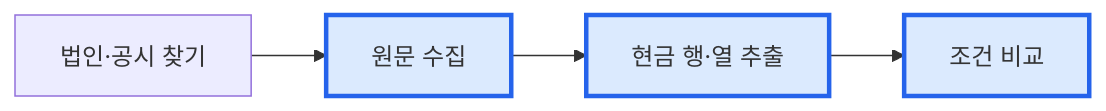
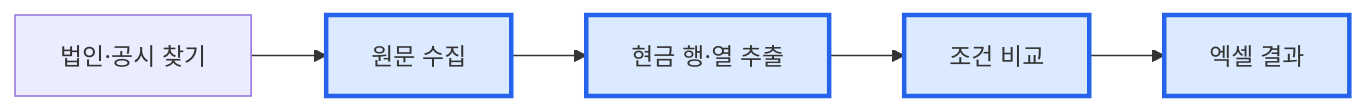
One commit to YUJAEYUN/Dartness changed the diagram in docs/briefings/0093-cash-report-slice.md. Above: the diagram before and after it, drawn with Mermaid. The commit also changed other lines of this file and 15 other files, not shown here.

````diff
--- a/docs/briefings/0093-cash-report-slice.md
+++ b/docs/briefings/0093-cash-report-slice.md
@@ -16,8 +16,9 @@
 ```mermaid
 flowchart LR
     B[법인·공시 찾기] --> C[원문 수집]
     C --> D[현금 행·열 추출]
     D --> H[조건 비교]
+    H --> I[엑셀 결과]
     classDef changed fill:#dbeafe,stroke:#2563eb,stroke-width:3px
-    class C,D,H changed
+    class C,D,H,I changed
 ```
````
